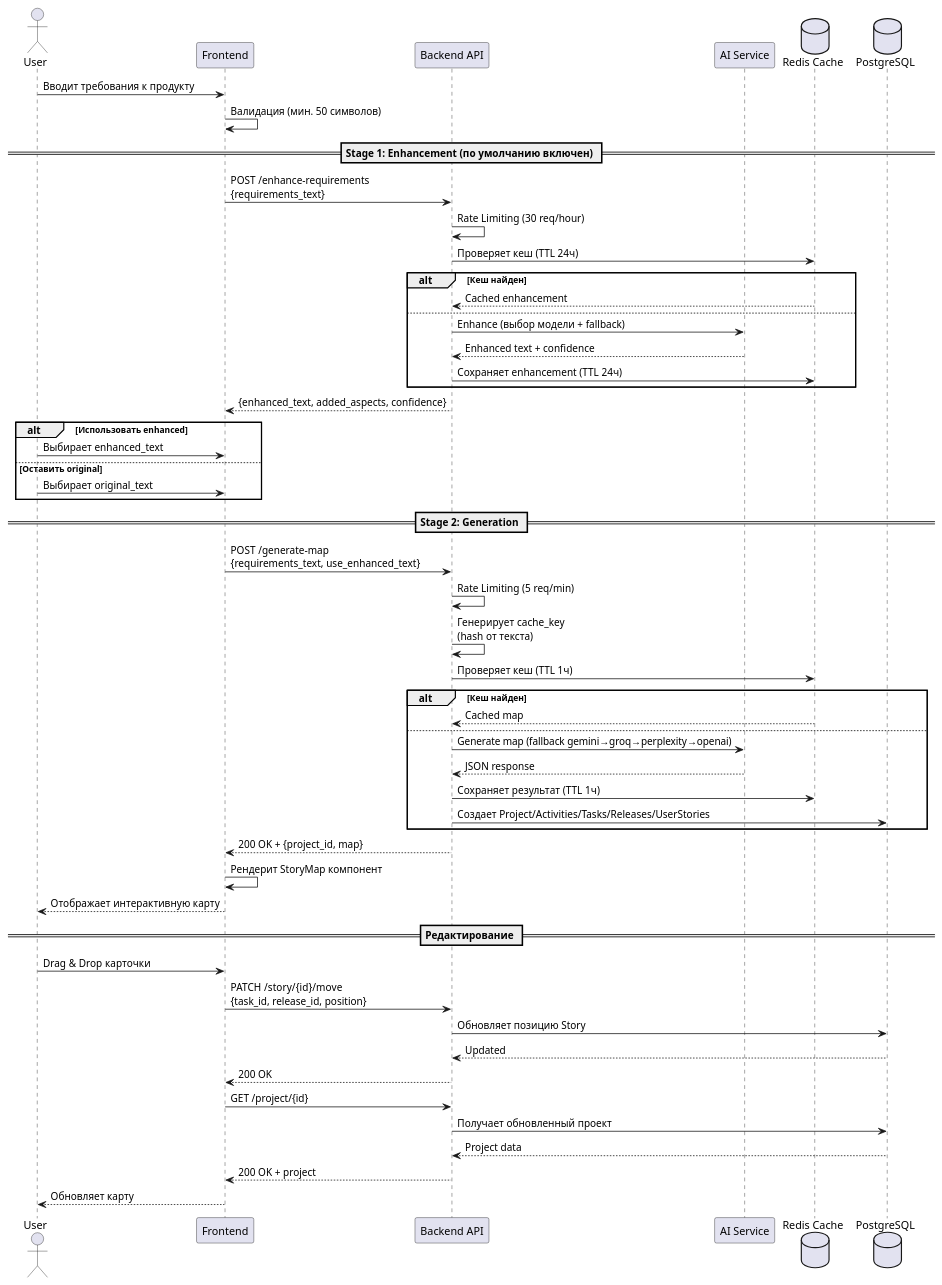
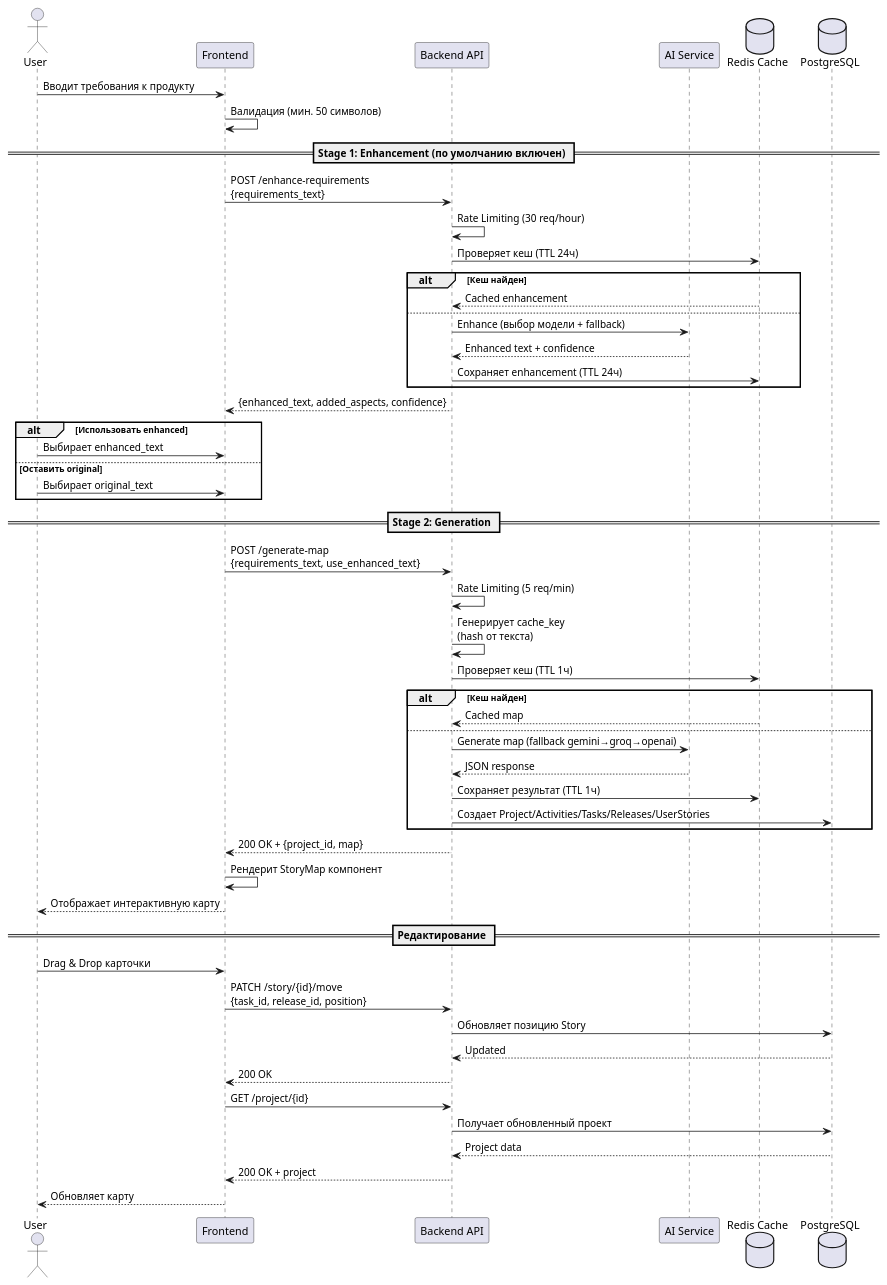
Before and after one commit to smarr68tmb-hash/user_stories_map: the fifth of 12 diagrams in ARCHITECTURE.md, drawn with PlantUML. The commit also changed other lines of this file and 28 other files, not shown here.

````diff
--- a/ARCHITECTURE.md
+++ b/ARCHITECTURE.md
@@ -487,61 +487,61 @@
 ```plantuml
 @startuml
 actor User
 participant "Frontend" as FE
 participant "Backend API" as BE
 participant "AI Service" as AI
 database "Redis Cache" as Cache
 database "PostgreSQL" as DB
 
 User -> FE: Вводит требования к продукту
 FE -> FE: Валидация (мин. 50 символов)
 
 == Stage 1: Enhancement (по умолчанию включен) ==
 FE -> BE: POST /enhance-requirements\n{requirements_text}
 BE -> BE: Rate Limiting (30 req/hour)
 BE -> Cache: Проверяет кеш (TTL 24ч)
 alt Кеш найден
   Cache --> BE: Cached enhancement
 else
   BE -> AI: Enhance (выбор модели + fallback)
   AI --> BE: Enhanced text + confidence
   BE -> Cache: Сохраняет enhancement (TTL 24ч)
 end
 BE --> FE: {enhanced_text, added_aspects, confidence}
 alt Использовать enhanced
   User -> FE: Выбирает enhanced_text
 else Оставить original
   User -> FE: Выбирает original_text
 end
 
 == Stage 2: Generation ==
 FE -> BE: POST /generate-map\n{requirements_text, use_enhanced_text}
 BE -> BE: Rate Limiting (5 req/min)
 BE -> BE: Генерирует cache_key\n(hash от текста)
 BE -> Cache: Проверяет кеш (TTL 1ч)
 alt Кеш найден
   Cache --> BE: Cached map
 else
-  BE -> AI: Generate map (fallback gemini→groq→perplexity→openai)
+  BE -> AI: Generate map (fallback gemini→groq→openai)
   AI --> BE: JSON response
   BE -> Cache: Сохраняет результат (TTL 1ч)
   BE -> DB: Создает Project/Activities/Tasks/Releases/UserStories
 end
 
 BE --> FE: 200 OK + {project_id, map}
 FE -> FE: Рендерит StoryMap компонент
 FE --> User: Отображает интерактивную карту
 
 == Редактирование ==
 User -> FE: Drag & Drop карточки
 FE -> BE: PATCH /story/{id}/move\n{task_id, release_id, position}
 BE -> DB: Обновляет позицию Story
 DB --> BE: Updated
 BE --> FE: 200 OK
 FE -> BE: GET /project/{id}
 BE -> DB: Получает обновленный проект
 DB --> BE: Project data
 BE --> FE: 200 OK + project
 FE --> User: Обновляет карту
 @enduml
 ```
````
